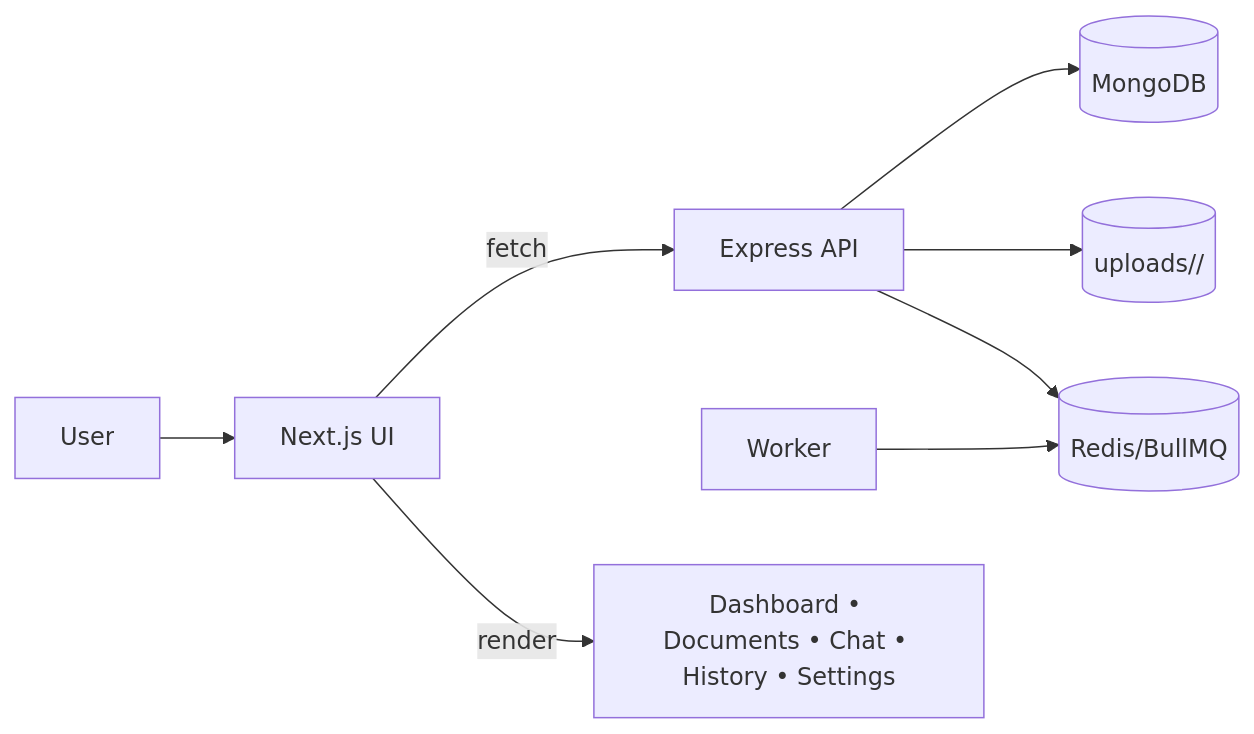
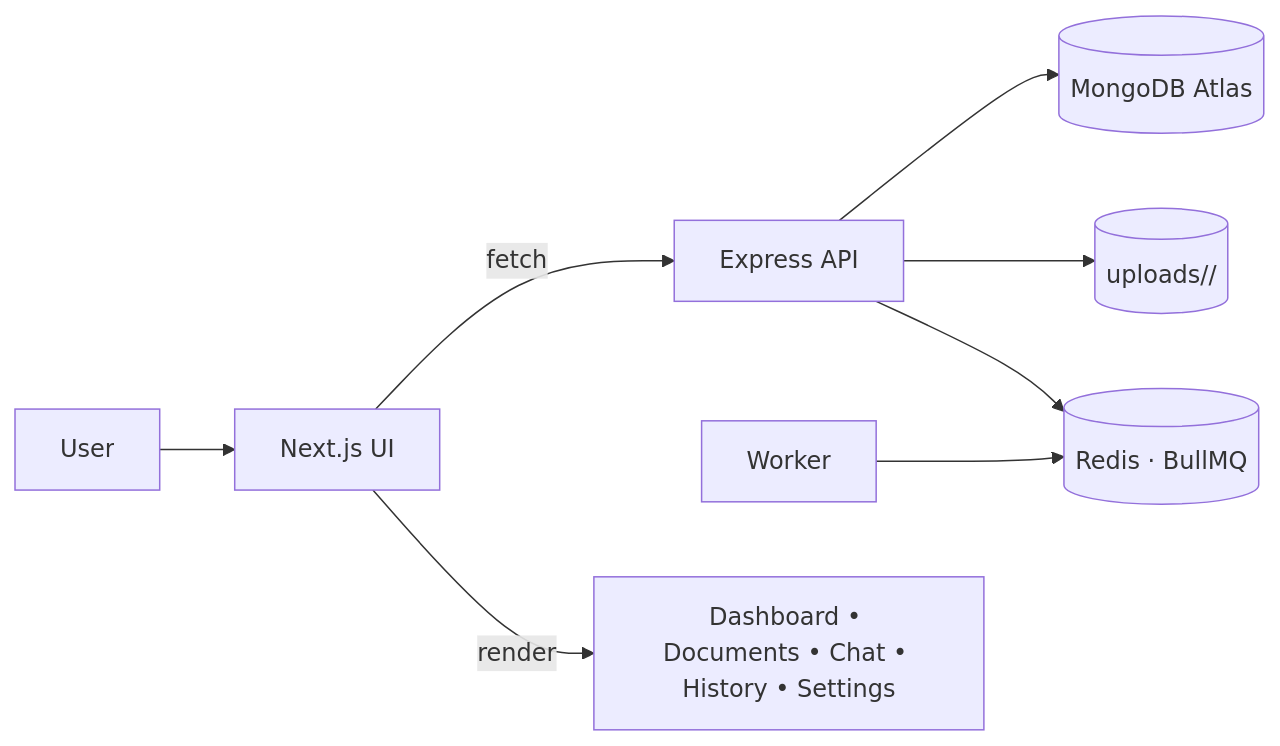
Before and after one commit to tusharOxacular09/documind-client: the first of 3 diagrams in README.md, drawn with Mermaid. The commit also changed other lines of this file and 1 other file, not shown here.

````diff
--- a/README.md
+++ b/README.md
@@ -49,10 +51,10 @@
 ```mermaid
 flowchart LR
   U[User] --> UI[Next.js UI]
   UI -->|fetch| API[Express API]
-  API --> DB[(MongoDB)]
+  API --> DB[(MongoDB Atlas)]
   API --> FS[(uploads/<userId>/)]
-  API --> Q[(Redis/BullMQ)]
+  API --> Q[(Redis · BullMQ)]
   W[Worker] --> Q
   UI -->|render| Pages[Dashboard • Documents • Chat • History • Settings]
 ```
````
